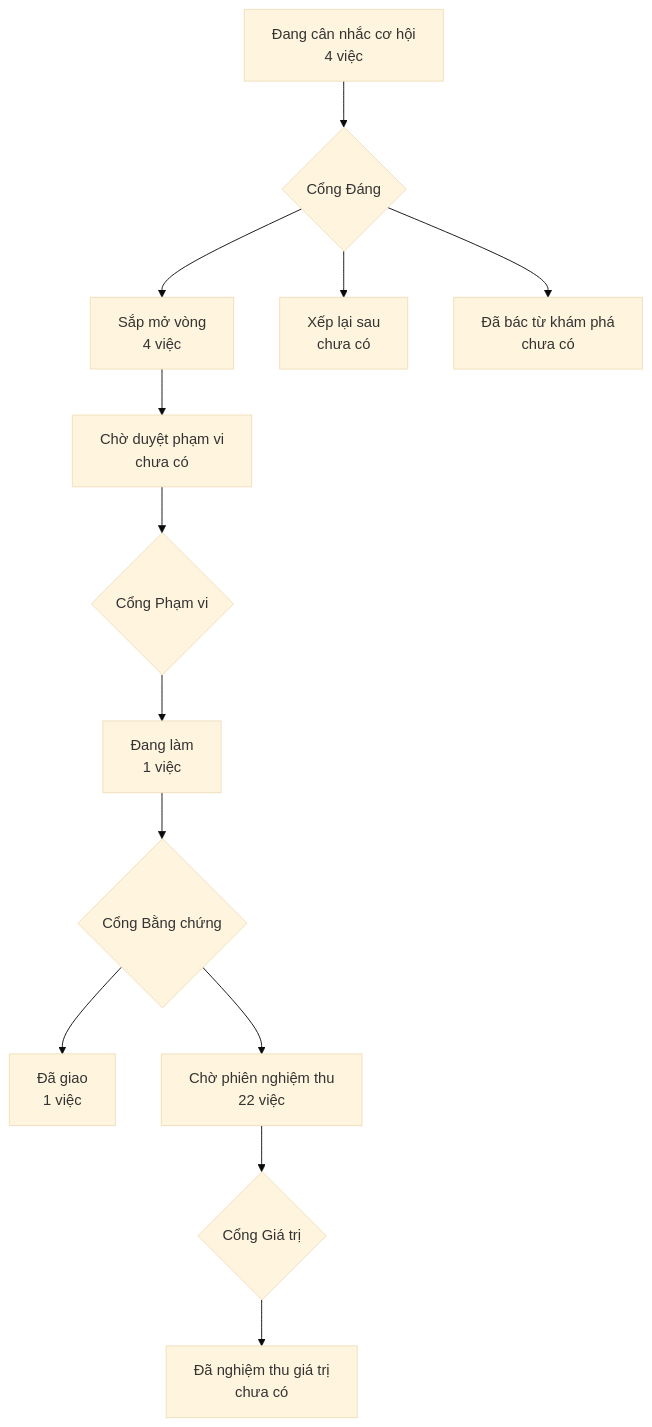
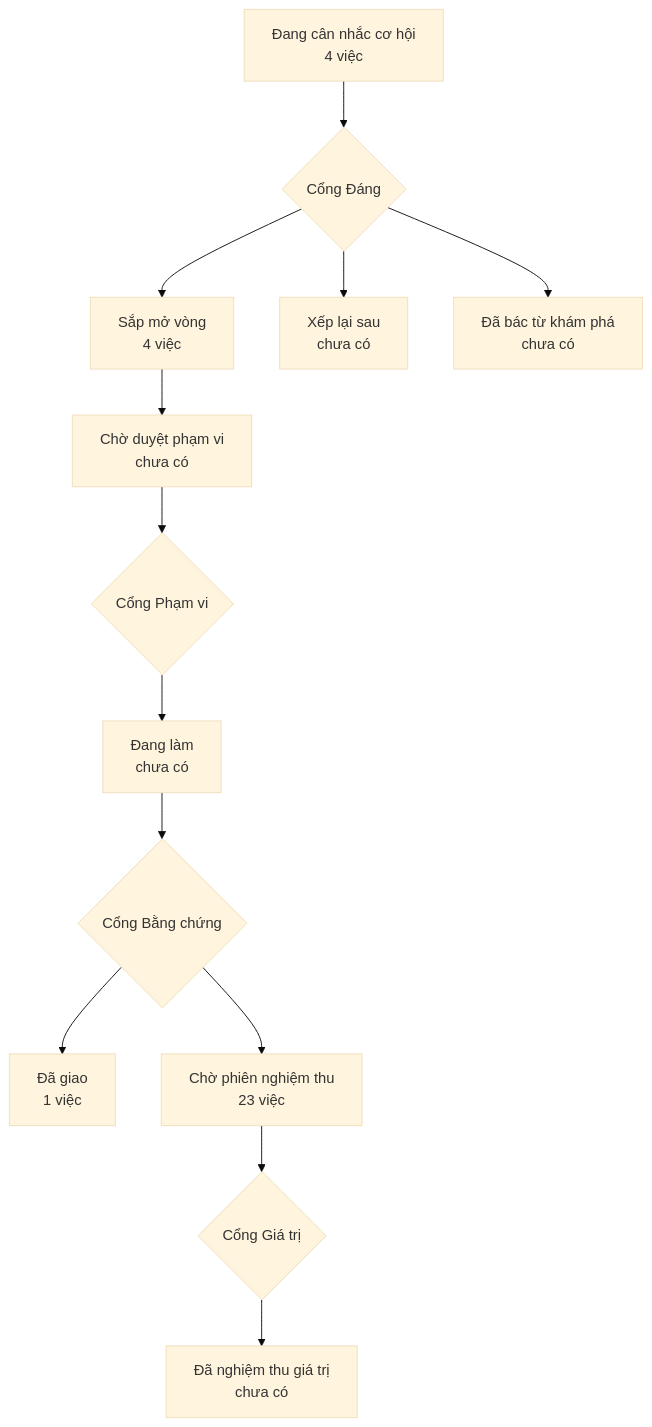
One commit to phanlemanh/onehub-inventory changed the diagram in PRODUCT-MAP.md. Above: the diagram before and after it, drawn with Mermaid (base theme). The commit also changed other lines of this file and 4 other files, not shown here.

````diff
--- a/PRODUCT-MAP.md
+++ b/PRODUCT-MAP.md
@@ -7,12 +7,12 @@
 ```mermaid
 flowchart TD
   A["Đang cân nhắc cơ hội<br/>4 việc"] --> GD{"Cổng Đáng"}
   GD --> B["Sắp mở vòng<br/>4 việc"]
   GD --> XL["Xếp lại sau<br/>chưa có"]
   GD --> DB["Đã bác từ khám phá<br/>chưa có"]
   B --> CD["Chờ duyệt phạm vi<br/>chưa có"] --> GP{"Cổng Phạm vi"}
-  GP --> DL["Đang làm<br/>1 việc"] --> GB{"Cổng Bằng chứng"}
+  GP --> DL["Đang làm<br/>chưa có"] --> GB{"Cổng Bằng chứng"}
   GB --> DG["Đã giao<br/>1 việc"]
-  GB --> CN["Chờ phiên nghiệm thu<br/>22 việc"] --> GG{"Cổng Giá trị"}
+  GB --> CN["Chờ phiên nghiệm thu<br/>23 việc"] --> GG{"Cổng Giá trị"}
   GG --> NT["Đã nghiệm thu giá trị<br/>chưa có"]
 ```
````
